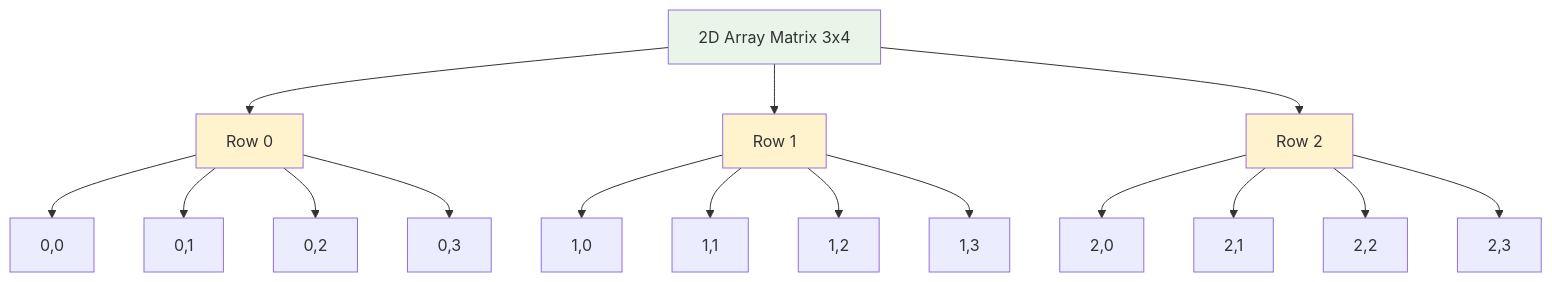
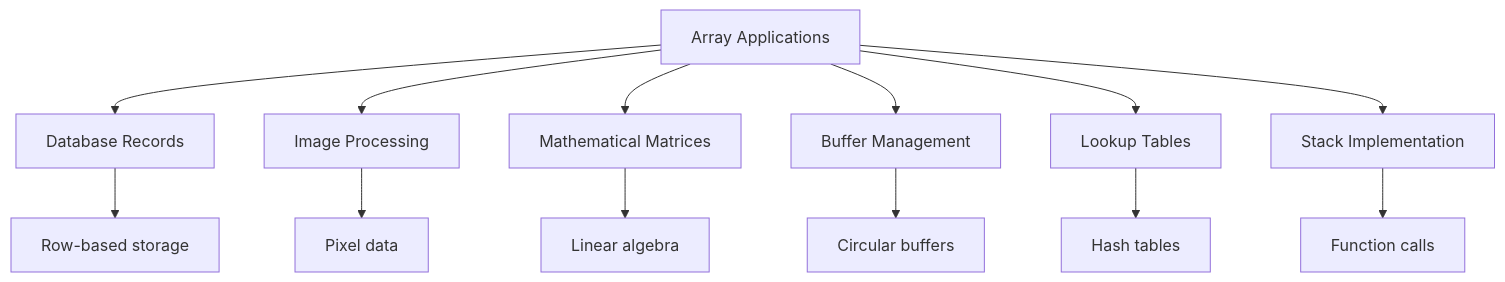
Before and after one commit to khieu-dv/vievlog: the second of 2 diagrams in src/content/soft-skills/dsa/bai-3.mdx, drawn with Mermaid. The commit also changed other lines of this file and 8 other files, not shown here.

````diff
--- a/src/content/soft-skills/dsa/bai-3.mdx
+++ b/src/content/soft-skills/dsa/bai-3.mdx
@@ -200,26 +304,16 @@
 ```mermaid
-graph TB
-    A[2D Array Matrix 3x4] --> B[Row 0]
-    A --> C[Row 1]
-    A --> D[Row 2]
-
-    B --> E[0,0]
-    B --> F[0,1]
-    B --> G[0,2]
-    B --> H[0,3]
-
-    C --> I[1,0]
-    C --> J[1,1]
-    C --> K[1,2]
-    C --> L[1,3]
-
-    D --> M[2,0]
-    D --> N[2,1]
-    D --> O[2,2]
-    D --> P[2,3]
-
-    style A fill:#e8f5e8
-    style B fill:#fff3cd
-    style C fill:#fff3cd
-    style D fill:#fff3cd
+graph TD
+    A[Array Applications] --> B[Database Records]
+    A --> C[Image Processing]
+    A --> D[Mathematical Matrices]
+    A --> E[Buffer Management]
+    A --> F[Lookup Tables]
+    A --> G[Stack Implementation]
+    
+    B --> B1[Row-based storage]
+    C --> C1[Pixel data]
+    D --> D1[Linear algebra]
+    E --> E1[Circular buffers]
+    F --> F1[Hash tables]
+    G --> G1[Function calls]
 ```
````
